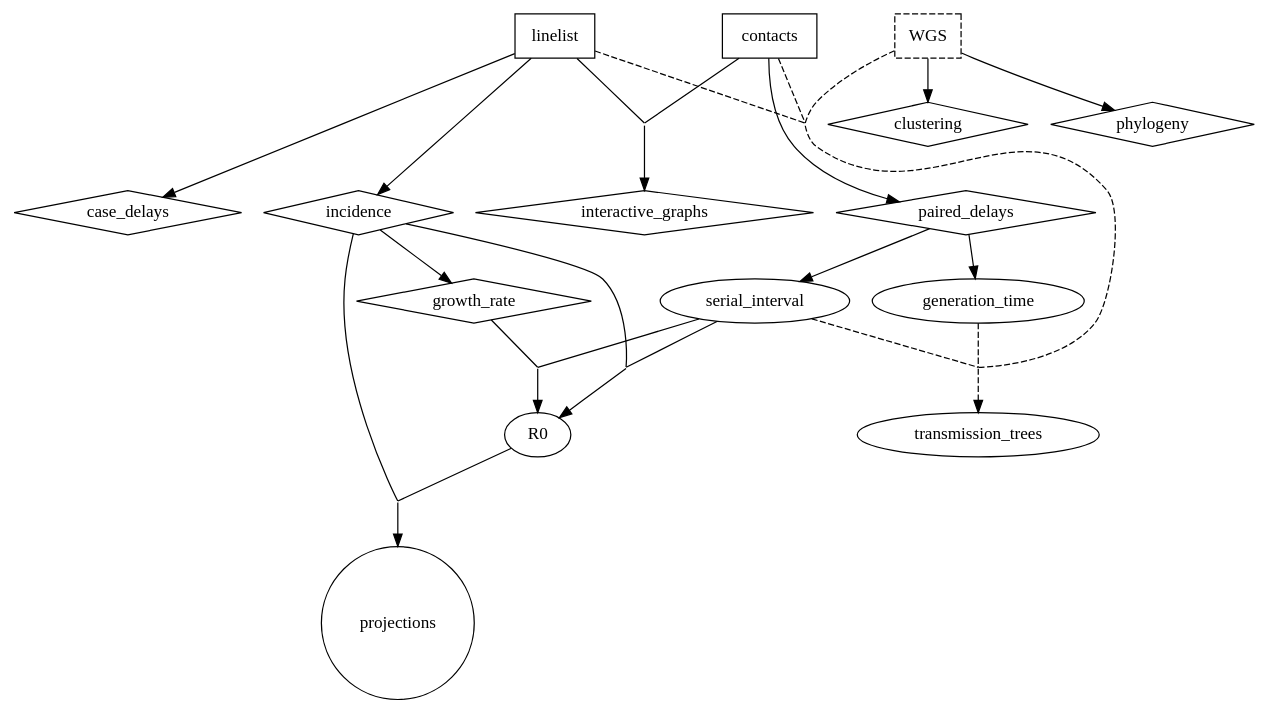
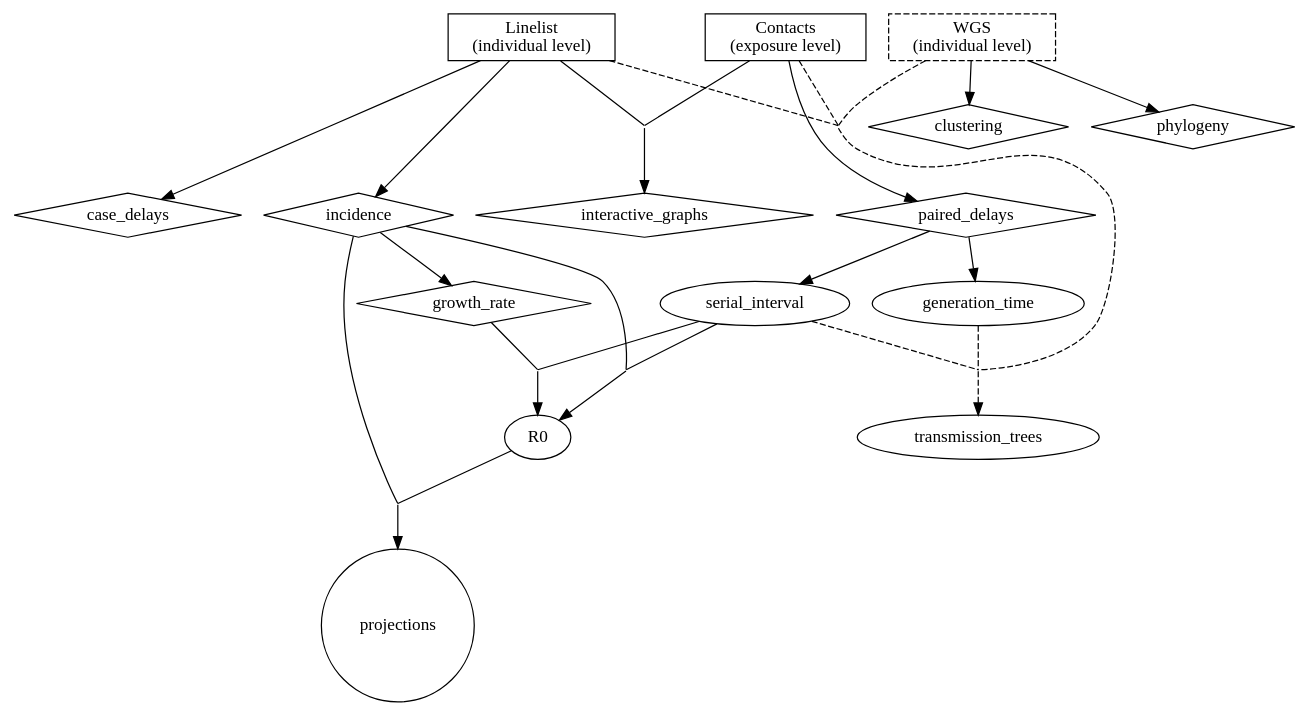
One commit to zkamvar/challenges-manuscript changed the diagram in figure2.dot. Above: the diagram before and after it, drawn with Graphviz.

Commit message:
add labels

```diff
--- a/figure2.dot
+++ b/figure2.dot
@@ -1,82 +1,82 @@
 digraph G {
 	node[shape="box"]
-		linelist;
-		contacts;
+		linelist[label = "Linelist\n(individual level)"];
+		contacts[label = "Contacts\n(exposure level)"];
 		
 	node[shape="box", style = "dashed"]
-		WGS;
+		WGS[label = "WGS\n(individual level)"];
 		
 	node[shape="diamond", style="solid"]
 		incidence;
 		growth_rate;
 		phylogeny;
 		clustering;
 		case_delays;
 		paired_delays;
 		interactive_graphs;
 		
 	node[shape="oval"]
 		R0;
 		serial_interval;
 		generation_time;
 		transmission_trees;
 
 	node[shape="circle"]
 		projections;
 		
 	node[shape = "none", width = 0, height = 0, label = ""]
 		GrR0; // Growth Rate to R0
 		InRO; // Incidence to R0
 		tPd;  // to paired delays
 		tIg;  // to interactive graphs
 		R0P;  // R0 to Projections
 		TT1;  // to transmission trees
 		TT2;  // to transmission trees
 		
 //	node[shape="box", style = "invis"]
 //		background;
 
 	linelist -> incidence;
 	incidence -> growth_rate;
 
 	incidence       -> InR0 [arrowhead = "none"];
         serial_interval -> InR0 [arrowhead = "none"];
 	InR0            -> R0;
 
 	growth_rate     -> GrR0 [arrowhead = "none"];
 	serial_interval -> GrR0 [arrowhead = "none"];
 	GrR0            -> R0;
 
 	R0        -> R0P [arrowhead = "none"];
 	incidence -> R0P [arrowhead = "none"];
 	R0P       -> projections;
 	
 	linelist -> case_delays;
 
 //	contacts -> tPd [arrowhead = "none"];
 //	linelist -> tPd [arrowhead = "none"];
 //	tPd      -> paired_delays;
 	contacts -> paired_delays;
 	
 	paired_delays -> generation_time;
 	paired_delays -> serial_interval;
 
 	contacts -> tIg [arrowhead = "none"];
 	linelist -> tIg [arrowhead = "none"];
 	tIg      -> interactive_graphs;
 
 	
 	WGS -> phylogeny;
 	WGS -> clustering;
 
 	WGS             -> TT1[ style="dashed", arrowhead="none" ];
 	linelist        -> TT1[ style="dashed", arrowhead="none" ];
 	contacts        -> TT1[ style="dashed", arrowhead="none" ];
 	generation_time -> TT2[ style="dashed", arrowhead="none" ];
 	serial_interval -> TT2[ style="dashed", arrowhead="none" ];
 	TT1             -> TT2[ style="dashed", arrowhead="none" ];
 	TT2             -> transmission_trees [ style = "dashed" ];
 	
 	{rank = "same"; contacts, linelist, WGS}//, background}
 	{rank = "same"; incidence, case_delays, paired_delays, interactive_graphs}//, background}
 }
```
